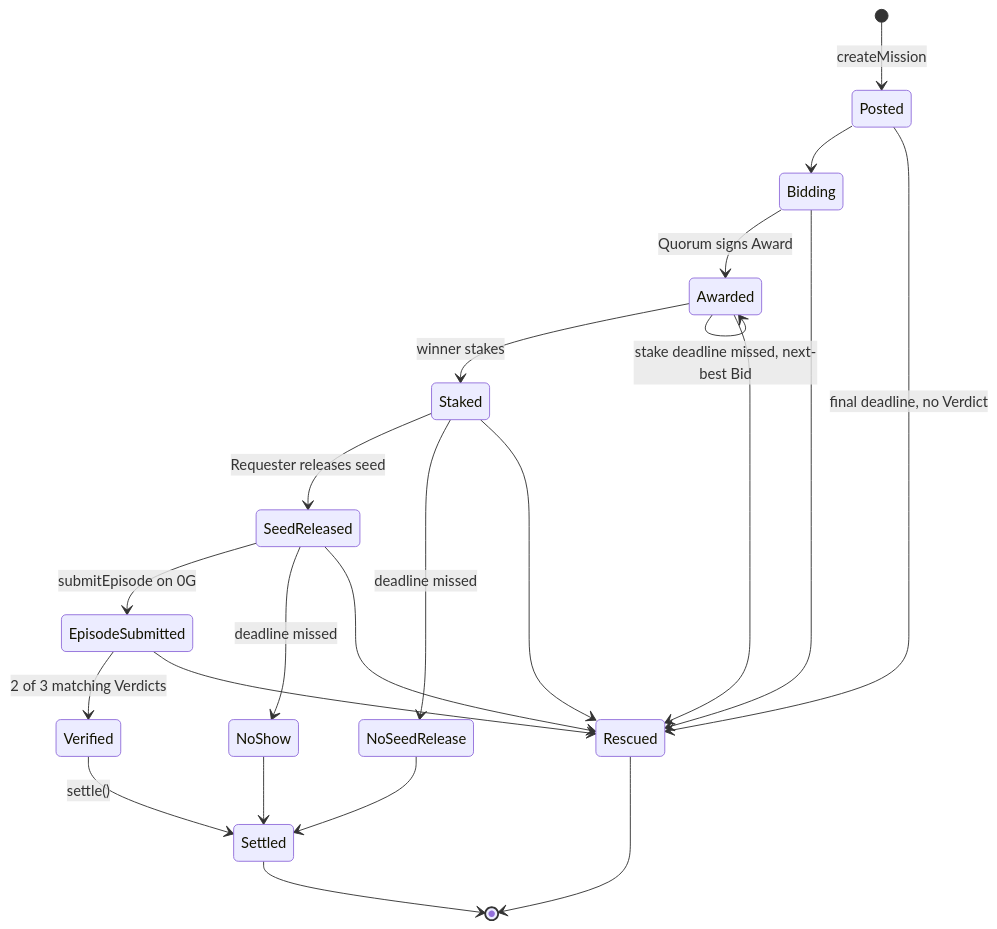
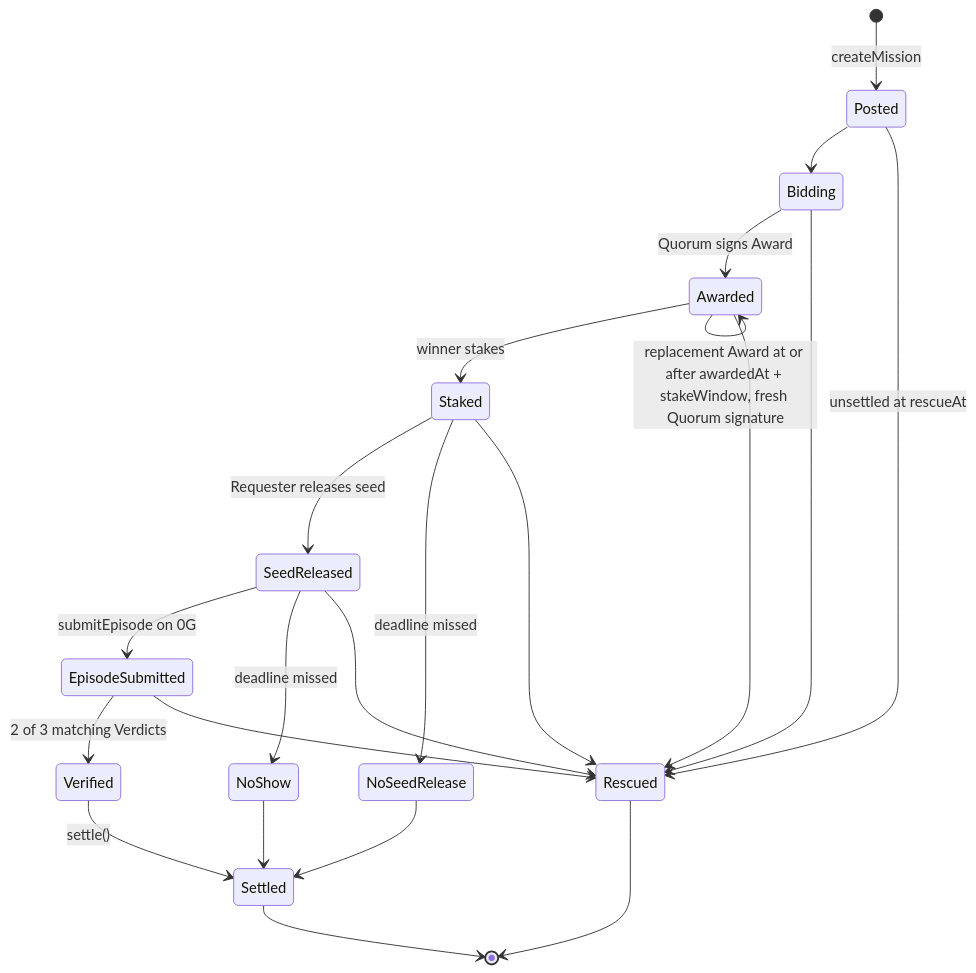
The third of 4 diagrams in docs/architecture.md (ksacheth/dewo), drawn with Mermaid before and after one commit. The commit also changed other lines of this file, not shown here.

Commit message:
(docs) update architecture flows

````diff
--- a/docs/architecture.md
+++ b/docs/architecture.md
@@ -99,24 +103,24 @@
 ```mermaid
 stateDiagram-v2
   [*] --> Posted: createMission
   Posted --> Bidding
   Bidding --> Awarded: Quorum signs Award
   Awarded --> Staked: winner stakes
-  Awarded --> Awarded: stake deadline missed, next-best Bid
+  Awarded --> Awarded: replacement Award at or after awardedAt + stakeWindow, fresh Quorum signature
   Staked --> SeedReleased: Requester releases seed
   Staked --> NoSeedRelease: deadline missed
   SeedReleased --> EpisodeSubmitted: submitEpisode on 0G
   SeedReleased --> NoShow: deadline missed
   EpisodeSubmitted --> Verified: 2 of 3 matching Verdicts
   Verified --> Settled: settle()
   NoSeedRelease --> Settled
   NoShow --> Settled
   Settled --> [*]
-  Posted --> Rescued: final deadline, no Verdict
+  Posted --> Rescued: unsettled at rescueAt
   Bidding --> Rescued
   Awarded --> Rescued
   Staked --> Rescued
   SeedReleased --> Rescued
   EpisodeSubmitted --> Rescued
   Rescued --> [*]
 ```
````
